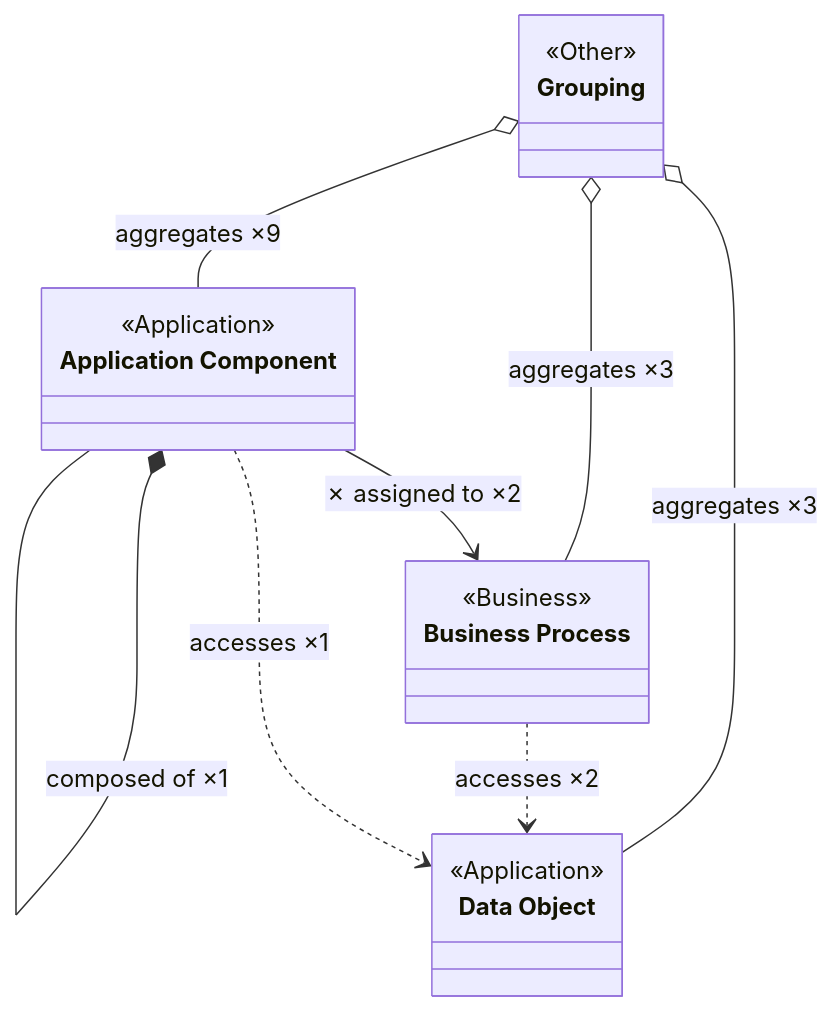
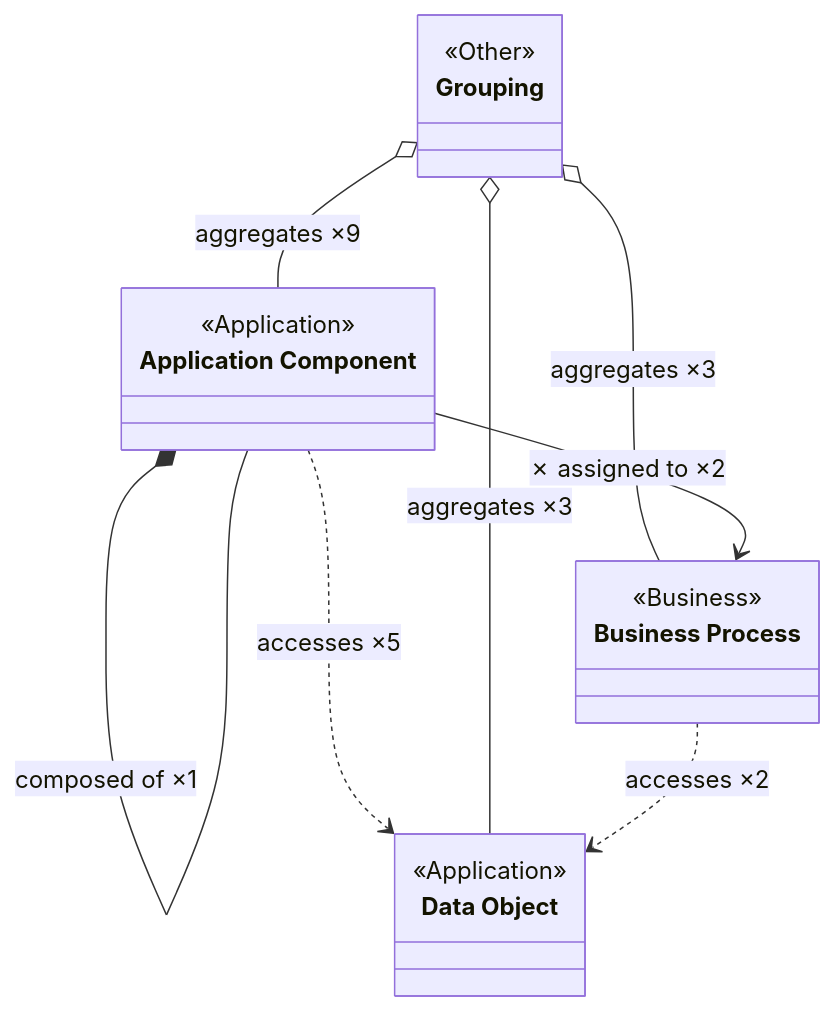
One commit to litlfred/smart-trust changed the diagram in archimate/1.7.5/metamodel.mmd. Above: the diagram before and after it, drawn with Mermaid. The commit also changed 3514 other files, not shown here.

```diff
--- a/archimate/1.7.5/metamodel.mmd
+++ b/archimate/1.7.5/metamodel.mmd
@@ -1,18 +1,18 @@
 classDiagram
   %% WHO SMART Trust: metamodel in use, derived by archimate-metamodel. Do not edit.
   class ApplicationComponent["Application Component"]
   <<Application>> ApplicationComponent
   class BusinessProcess["Business Process"]
   <<Business>> BusinessProcess
   class DataObject["Data Object"]
   <<Application>> DataObject
   class Grouping["Grouping"]
   <<Other>> Grouping
   Grouping o-- ApplicationComponent : aggregates ×9
   ApplicationComponent ..> ApplicationComponent : flows to ×7
+  ApplicationComponent ..> DataObject : accesses ×5
   Grouping o-- BusinessProcess : aggregates ×3
   Grouping o-- DataObject : aggregates ×3
   ApplicationComponent --> BusinessProcess : ✗ assigned to ×2
   BusinessProcess ..> DataObject : accesses ×2
-  ApplicationComponent ..> DataObject : accesses ×1
   ApplicationComponent *-- ApplicationComponent : composed of ×1
```
